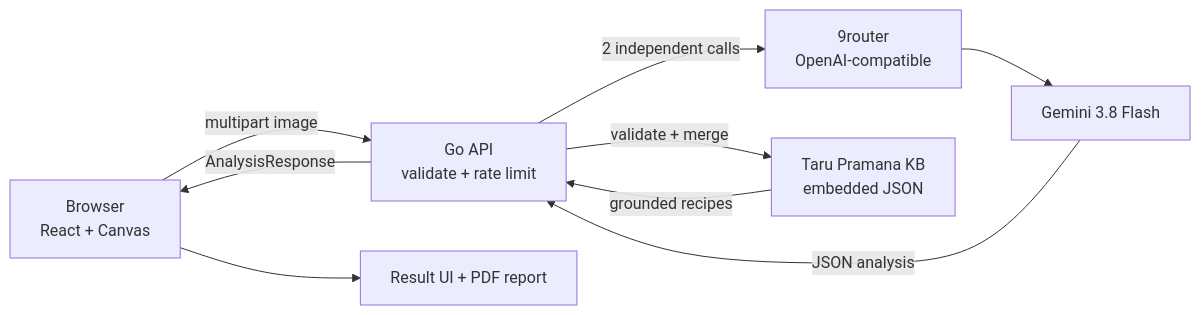
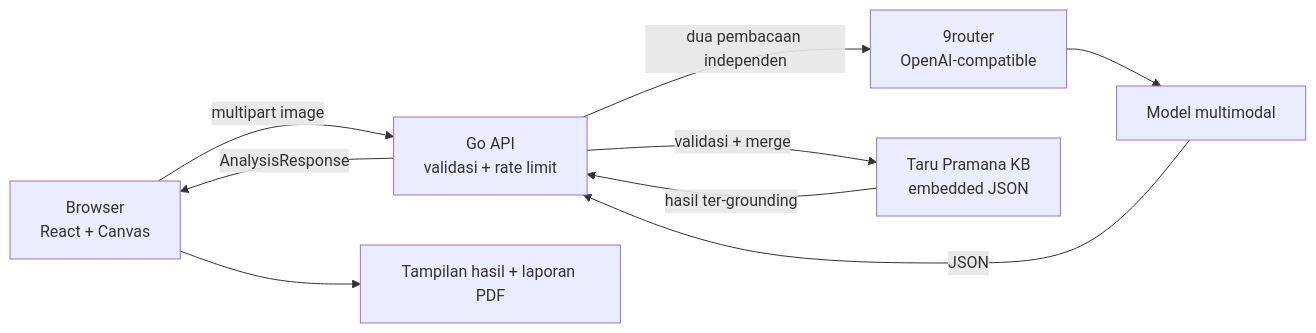
Before and after one commit to 0xMinomus/bukalontar: the diagram in README.md, drawn with Mermaid. The commit also changed other lines of this file and 17 other files, not shown here.

````diff
--- a/README.md
+++ b/README.md
@@ -67,11 +114,11 @@
 ```mermaid
 flowchart LR
-    U["Browser<br/>React + Canvas"] -->|multipart image| A["Go API<br/>validate + rate limit"]
-    A -->|2 independent calls| R["9router<br/>OpenAI-compatible"]
-    R --> G["Gemini 3.8 Flash"]
-    G -->|JSON analysis| A
-    A -->|validate + merge| K["Taru Pramana KB<br/>embedded JSON"]
-    K -->|grounded recipes| A
+    U["Browser<br/>React + Canvas"] -->|multipart image| A["Go API<br/>validasi + rate limit"]
+    A -->|dua pembacaan independen| R["9router<br/>OpenAI-compatible"]
+    R --> G["Model multimodal"]
+    G -->|JSON| A
+    A -->|validasi + merge| K["Taru Pramana KB<br/>embedded JSON"]
+    K -->|hasil ter-grounding| A
     A -->|AnalysisResponse| U
-    U --> P["Result UI + PDF report"]
+    U --> P["Tampilan hasil + laporan PDF"]
 ```
````
